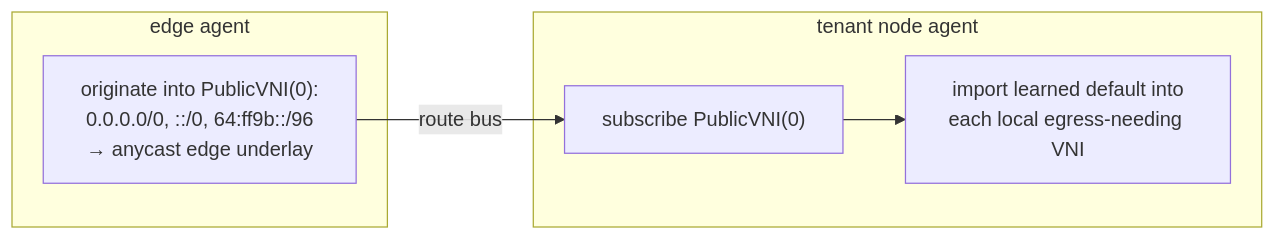
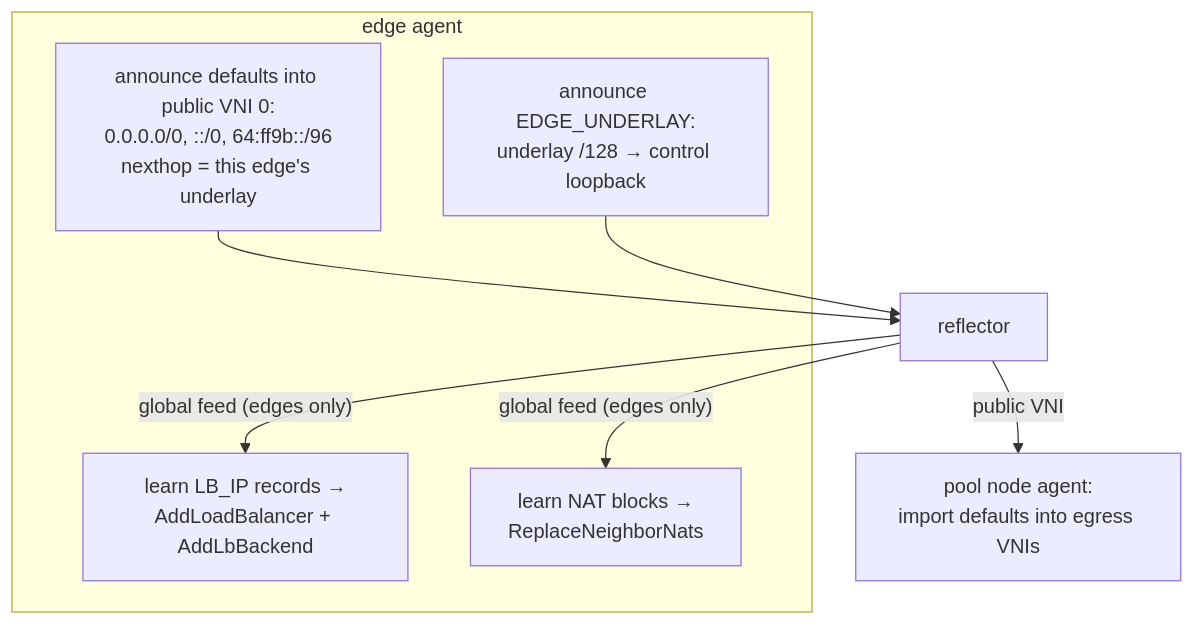
One commit to trevex/ectobase changed the second of 2 diagrams in docs/features/ns-edge.md. Above: the diagram before and after it, drawn with Mermaid. The commit also changed other lines of this file and 57 other files, not shown here.

First line of the commit message:
docs: rework concepts, architecture, networking, operating, reference and contributing

````diff
--- a/docs/features/ns-edge.md
+++ b/docs/features/ns-edge.md
@@ -93,11 +52,15 @@
 ```mermaid
-flowchart LR
-    subgraph edge[edge agent]
-      O["originate into PublicVNI(0):<br/>0.0.0.0/0, ::/0, 64:ff9b::/96<br/>→ anycast edge underlay"]
+flowchart TD
+    subgraph edgeagent["edge agent"]
+      d["announce defaults into public VNI 0:<br/>0.0.0.0/0, ::/0, 64:ff9b::/96<br/>nexthop = this edge's underlay"]
+      id["announce EDGE_UNDERLAY:<br/>underlay /128 → control loopback"]
+      lb["learn LB_IP records →<br/>AddLoadBalancer + AddLbBackend"]
+      nat["learn NAT blocks →<br/>ReplaceNeighborNats"]
     end
-    subgraph node[tenant node agent]
-      S["subscribe PublicVNI(0)"]
-      I["import learned default into<br/>each local egress-needing VNI"]
-    end
-    O -->|route bus| S --> I
+    refl["reflector"]
+    d --> refl
+    id --> refl
+    refl -->|"global feed (edges only)"| lb
+    refl -->|"global feed (edges only)"| nat
+    refl -->|"public VNI"| node["pool node agent:<br/>import defaults into egress VNIs"]
 ```
````
